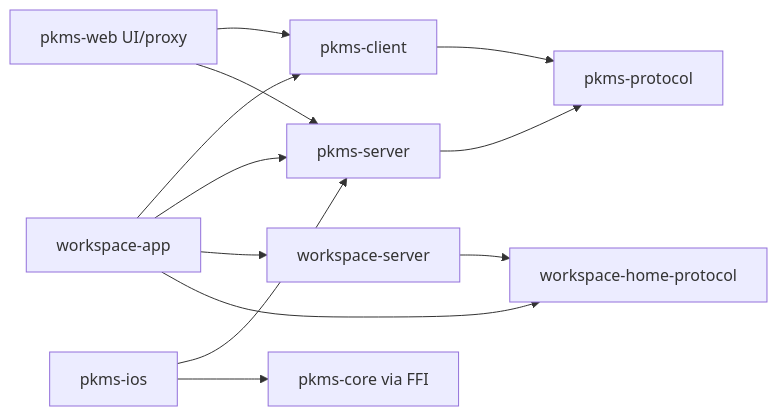
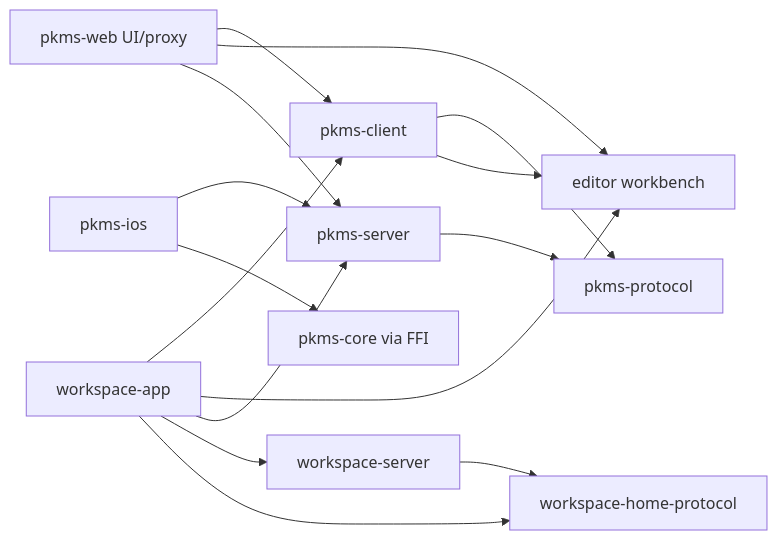
The diagram in docs/architecture/08-monorepo-module-boundaries.md (lkh0310kr/workspace), drawn with Mermaid before and after one commit. The commit also changed other lines of this file and 2 other files, not shown here.

Commit message:
docs: define unified editor workbench contract

````diff
--- a/docs/architecture/08-monorepo-module-boundaries.md
+++ b/docs/architecture/08-monorepo-module-boundaries.md
@@ -40,14 +44,17 @@
 ```mermaid
 flowchart LR
   WEB[pkms-web UI/proxy] --> CLIENT[pkms-client]
+  WEB --> EDITOR[editor workbench]
   WEB --> PKMS[pkms-server]
   DESKTOP[workspace-app] --> CLIENT
+  DESKTOP --> EDITOR
   DESKTOP --> PKMS
   IOS[pkms-ios] --> PKMS
   CLIENT --> PK[pkms-protocol]
+  CLIENT --> EDITOR
   PKMS --> PK
   IOS --> CORE[pkms-core via FFI]
   DESKTOP --> HOME[workspace-server]
   DESKTOP --> HP[workspace-home-protocol]
   HOME --> HP
 ```
````
